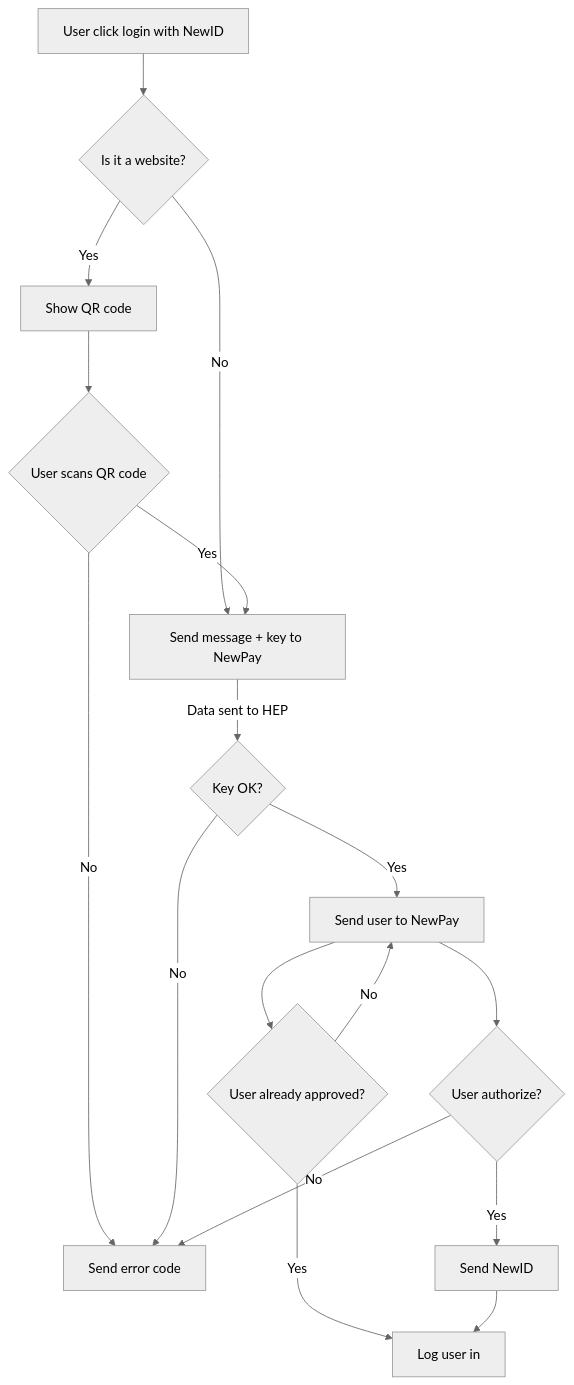
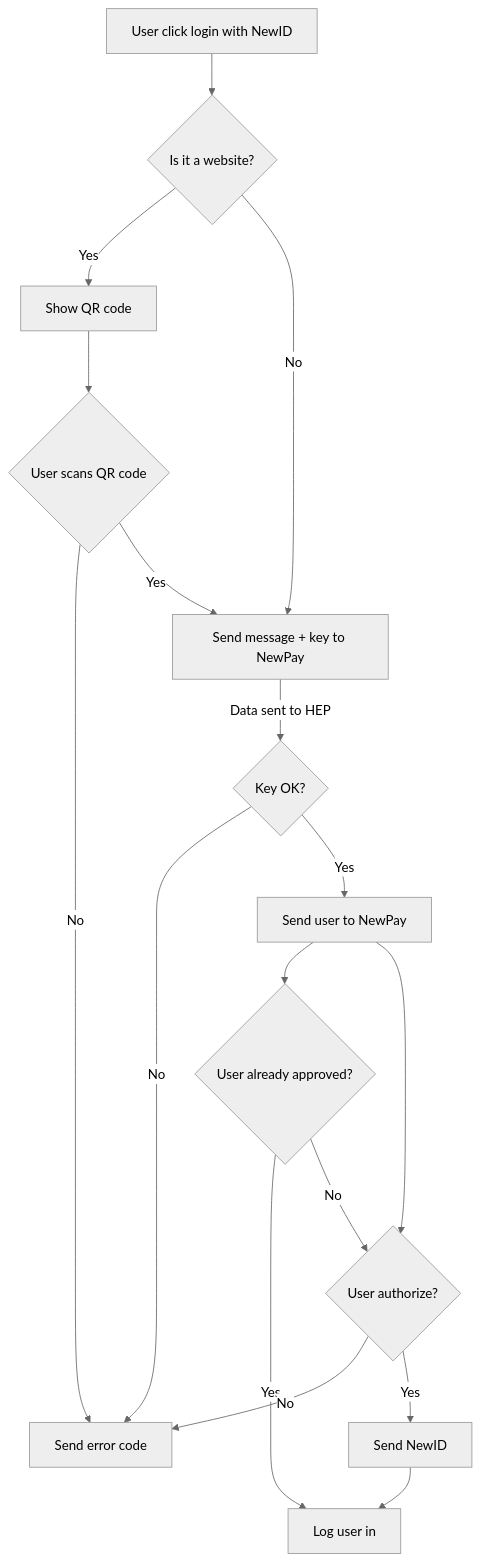
One commit to newtonproject/HEP-specification changed the diagram in login_flowchart.md. Above: the diagram before and after it, drawn with Mermaid (neutral theme).

````diff
--- a/login_flowchart.md
+++ b/login_flowchart.md
@@ -1,20 +1,20 @@
 ```mermaid
 graph TD
 Click[User click login with NewID] --> web_check{Is it a website?}
 web_check--> |Yes| qr[Show QR code]
 web_check--> |No| send_req_newpay
 qr --> user_scan{User scans QR code}
 user_scan-->|No| Err
 user_scan-->|Yes| send_req_newpay
 send_req_newpay[Send message + key to NewPay];
 send_req_newpay --> |Data sent to HEP| check_key{Key OK?}
 check_key -->|No| Err[Send error code]
 check_key -->|Yes| redirect_newpay[Send user to NewPay]
 redirect_newpay --> user_exist{User already approved?}
 user_exist-->|Yes| login_user
-user_exist-->|No| redirect_newpay
-redirect_newpay --> user_auth_ask{User authorize?}
+user_exist-->|No| user_auth_ask{User authorize?}
+redirect_newpay --> user_auth_ask
 user_auth_ask-->|No| Err
 user_auth_ask-->|Yes| send_newid[Send NewID]
 send_newid --> login_user[Log user in]
 ```
````
